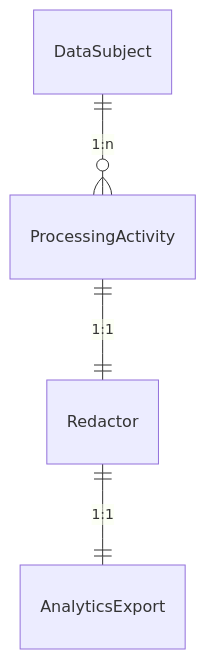
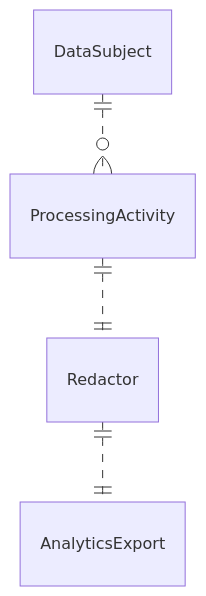
One commit to RamXX/machinery changed the diagram in examples/pii-flow/design/pii-flow.modelith.md. Above: the diagram before and after it, drawn with Mermaid. The commit also changed 15 other files, not shown here.

````diff
--- a/examples/pii-flow/design/pii-flow.modelith.md
+++ b/examples/pii-flow/design/pii-flow.modelith.md
@@ -105,10 +105,10 @@
 ```mermaid
 erDiagram
     AnalyticsExport {}
     DataSubject {}
     ProcessingActivity {}
     Redactor {}
-    DataSubject ||--o{ ProcessingActivity : "1:n"
-    ProcessingActivity ||--|| Redactor : "1:1"
-    Redactor ||--|| AnalyticsExport : "1:1"
+    DataSubject ||..o{ ProcessingActivity : ""
+    ProcessingActivity ||..|| Redactor : ""
+    Redactor ||..|| AnalyticsExport : ""
 ```
````
